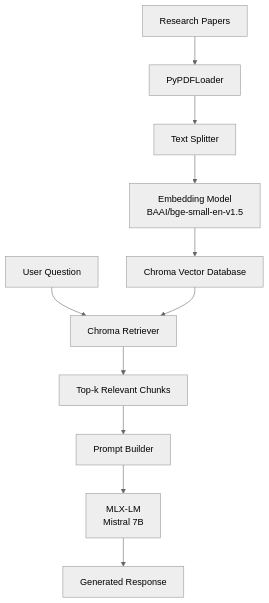
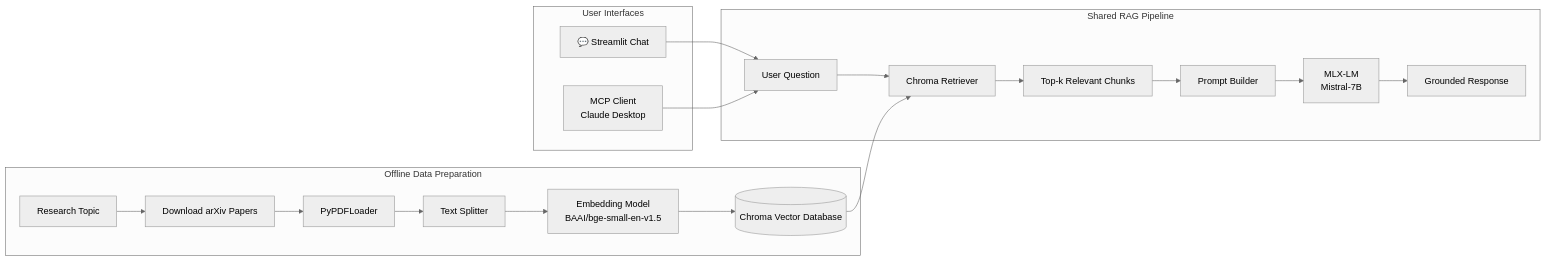
The diagram in README.md (Cristy210/AI_RA), drawn with Mermaid (neutral theme) before and after one commit. The commit also changed other lines of this file, not shown here.

Commit message:
Updated README.md file to the new features

````diff
--- a/README.md
+++ b/README.md
@@ -80,26 +66,33 @@
 ```mermaid
-flowchart TD
+flowchart LR
 
-A[Research Papers] --> B[PyPDFLoader]
+subgraph Data_Preparation["Offline Data Preparation"]
+    A[Research Topic]
+    --> B[Download arXiv Papers]
+    --> C[PyPDFLoader]
+    --> D[Text Splitter]
+    --> E[Embedding Model<br/>BAAI/bge-small-en-v1.5]
+    --> F[(Chroma Vector Database)]
+end
 
-B --> C[Text Splitter]
+subgraph Clients["User Interfaces"]
+    G[💬 Streamlit Chat]
+    H[MCP Client<br/>Claude Desktop]
+end
 
-C --> D[Embedding Model
-BAAI/bge-small-en-v1.5]
+subgraph RAG["Shared RAG Pipeline"]
+    I[User Question]
+    J[Chroma Retriever]
+    K[Top-k Relevant Chunks]
+    L[Prompt Builder]
+    M[MLX-LM<br/>Mistral-7B]
+    N[Grounded Response]
 
-D --> E[Chroma Vector Database]
+    I --> J --> K --> L --> M --> N
+end
 
-F[User Question]
-    --> G[Chroma Retriever]
+F --> J
 
-E --> G
-
-G --> H[Top-k Relevant Chunks]
-
-H --> I[Prompt Builder]
-
-I --> J[MLX-LM
-Mistral 7B]
-
-J --> K[Generated Response]
+G --> I
+H --> I
 ```
````
